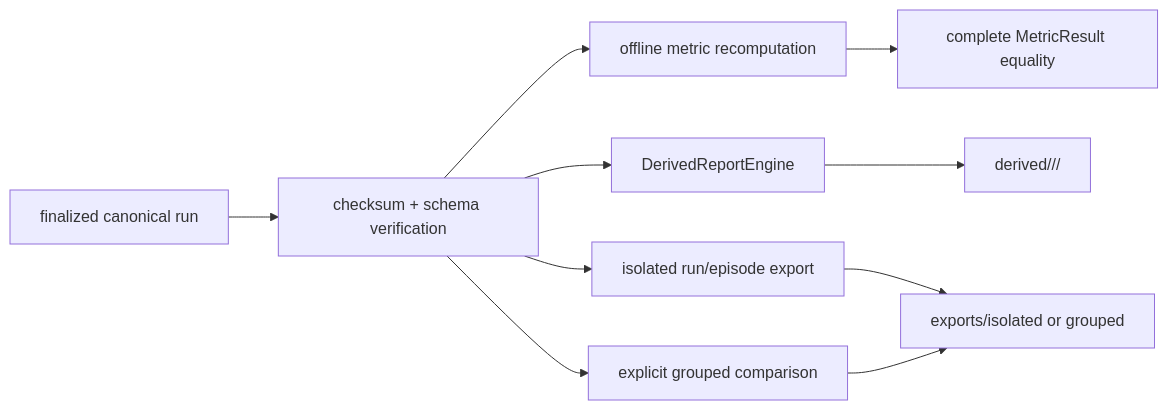
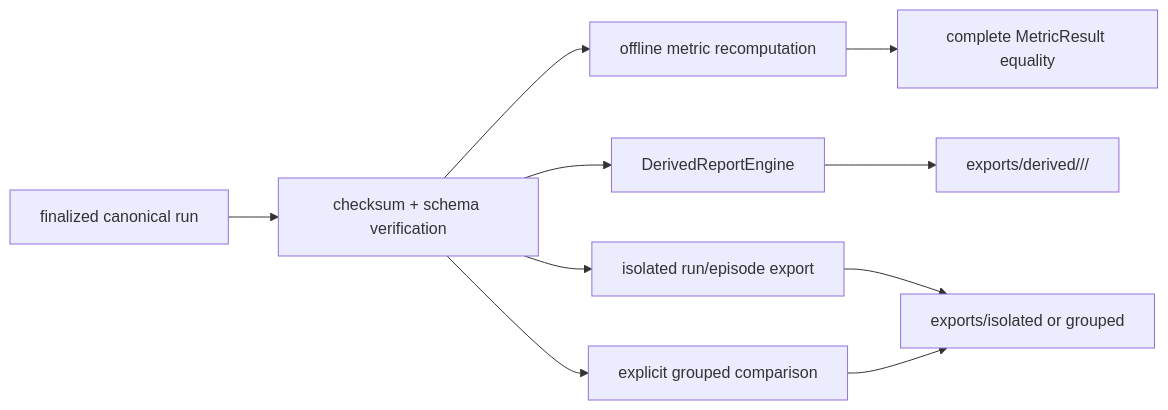
Before and after one commit to kon0327/ovlab: the eighth of 9 diagrams in ARCHITECTURE.md, drawn with Mermaid. The commit also changed other lines of this file and 36 other files, not shown here.

````diff
--- a/ARCHITECTURE.md
+++ b/ARCHITECTURE.md
@@ -536,18 +535,18 @@
 ```mermaid
 flowchart LR
     Run["finalized canonical run"]
     Verify["checksum + schema verification"]
     Recompute["offline metric recomputation"]
     Compare["complete MetricResult equality"]
     Report["DerivedReportEngine"]
     Isolated["isolated run/episode export"]
     Grouped["explicit grouped comparison"]
-    Derived["derived/<run>/<profile>/<build>"]
+    Derived["exports/derived/<run>/<profile>/<build>"]
     Exports["exports/isolated or grouped"]
 
     Run --> Verify
     Verify --> Recompute --> Compare
     Verify --> Report --> Derived
     Verify --> Isolated --> Exports
     Verify --> Grouped --> Exports
 ```
````
